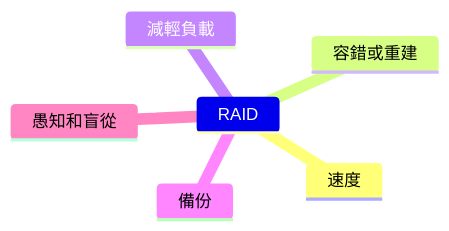
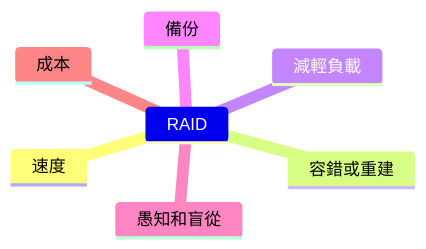
The first of 2 diagrams in helper_BackupAndRAID.md (lankahsu520/HelperX), drawn with Mermaid before and after one commit.

````diff
--- a/helper_BackupAndRAID.md
+++ b/helper_BackupAndRAID.md
@@ -43,9 +43,10 @@
 ```mermaid
 mindmap
 	RAID
 		速度
 		容錯或重建
 		減輕負載
 		備份
 		愚知和盲從
+		成本
 ```
````
